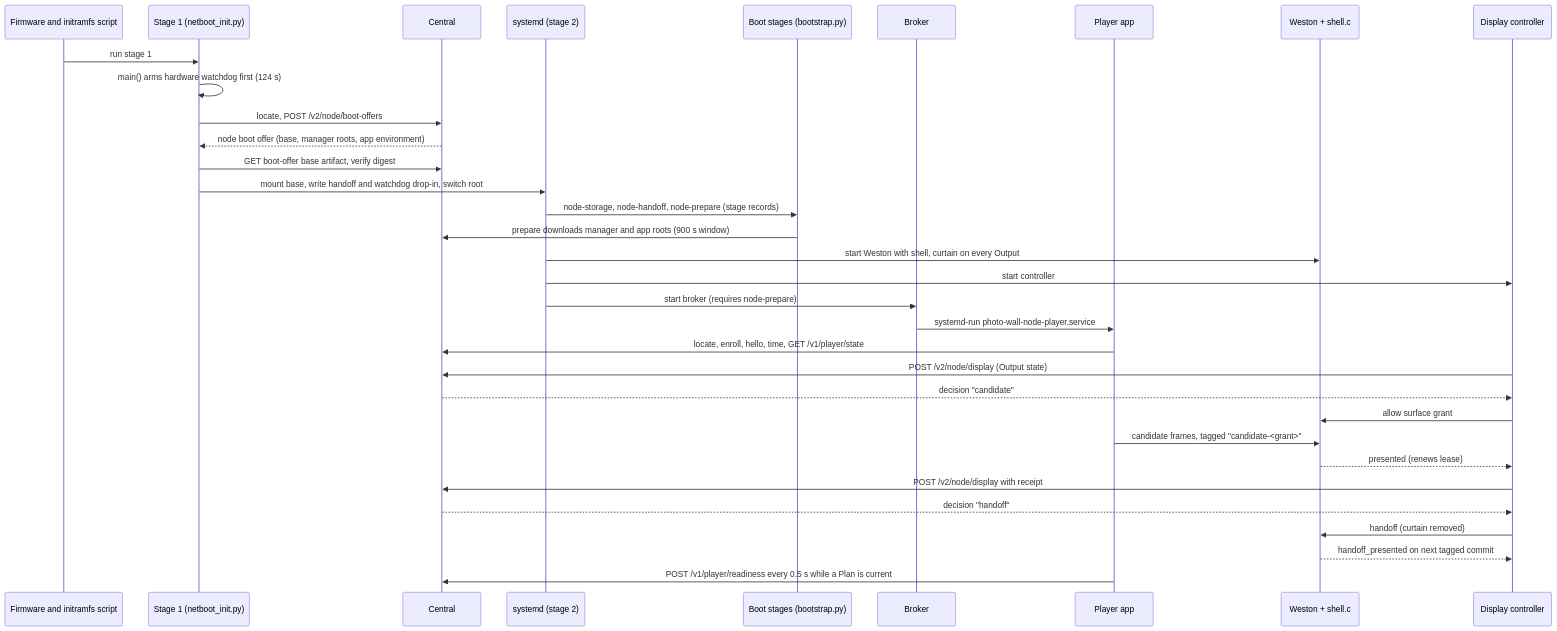
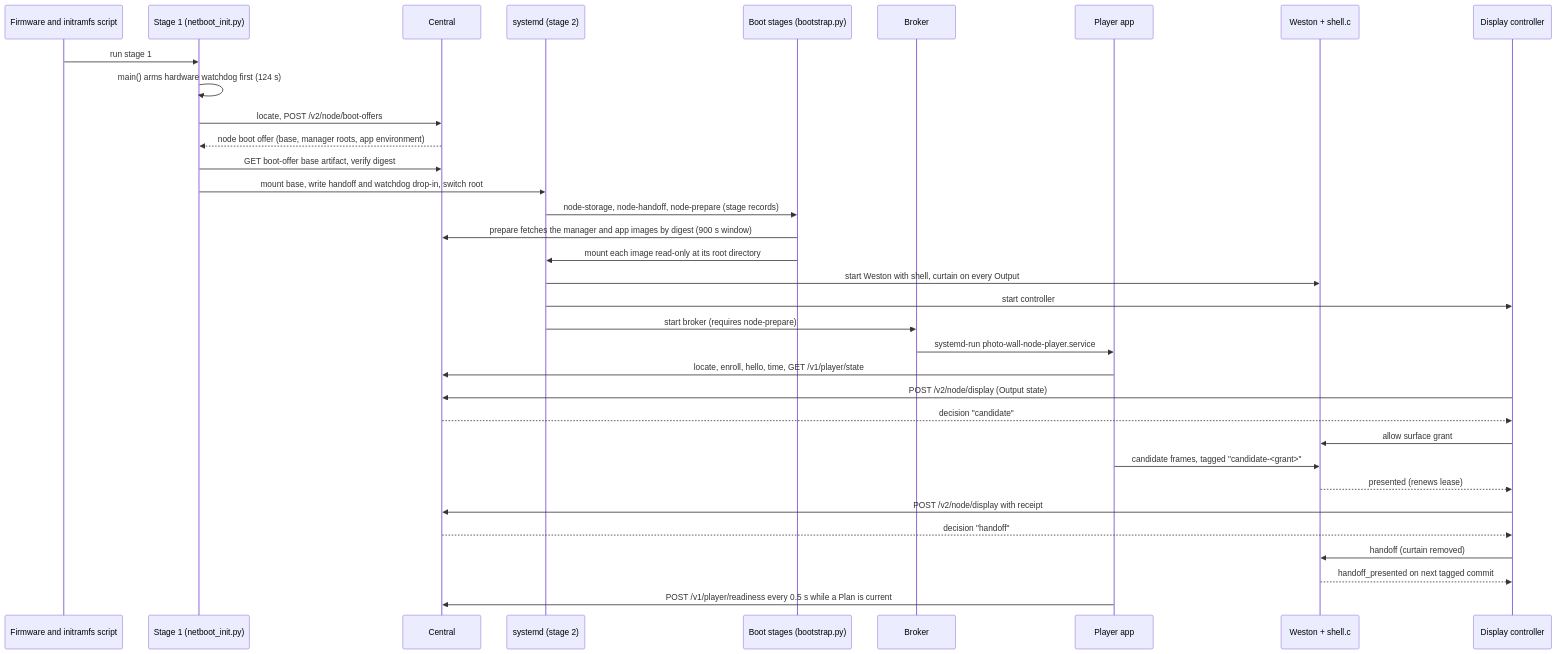
The second of 5 diagrams in docs/player-architecture.md (mcurcio/photo-wall), drawn with Mermaid before and after one commit. The commit also changed other lines of this file and 8 other files, not shown here.

First line of the commit message:
docs(e2c): release roots as images as built (B4); owner accepts the online-staging stall

````diff
--- a/docs/player-architecture.md
+++ b/docs/player-architecture.md
@@ -78,35 +78,36 @@
 ```mermaid
 sequenceDiagram
     participant FW as Firmware and initramfs script
     participant S1 as Stage 1 (netboot_init.py)
     participant C as Central
     participant PID1 as systemd (stage 2)
     participant BS as Boot stages (bootstrap.py)
     participant BR as Broker
     participant PL as Player app
     participant SH as Weston + shell.c
     participant DC as Display controller
     FW->>S1: run stage 1
     S1->>S1: main() arms hardware watchdog first (124 s)
     S1->>C: locate, POST /v2/node/boot-offers
     C-->>S1: node boot offer (base, manager roots, app environment)
     S1->>C: GET boot-offer base artifact, verify digest
     S1->>PID1: mount base, write handoff and watchdog drop-in, switch root
     PID1->>BS: node-storage, node-handoff, node-prepare (stage records)
-    BS->>C: prepare downloads manager and app roots (900 s window)
+    BS->>C: prepare fetches the manager and app images by digest (900 s window)
+    BS->>PID1: mount each image read-only at its root directory
     PID1->>SH: start Weston with shell, curtain on every Output
     PID1->>DC: start controller
     PID1->>BR: start broker (requires node-prepare)
     BR->>PL: systemd-run photo-wall-node-player.service
     PL->>C: locate, enroll, hello, time, GET /v1/player/state
     DC->>C: POST /v2/node/display (Output state)
     C-->>DC: decision "candidate"
     DC->>SH: allow surface grant
     PL->>SH: candidate frames, tagged "candidate-<grant>"
     SH-->>DC: presented (renews lease)
     DC->>C: POST /v2/node/display with receipt
     C-->>DC: decision "handoff"
     DC->>SH: handoff (curtain removed)
     SH-->>DC: handoff_presented on next tagged commit
     PL->>C: POST /v1/player/readiness every 0.5 s while a Plan is current
 ```
````
